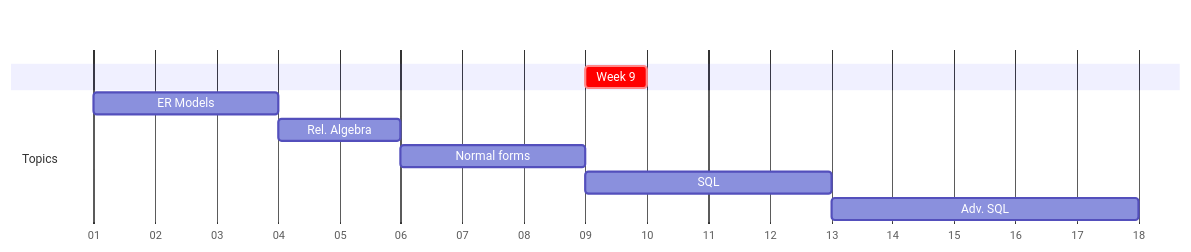
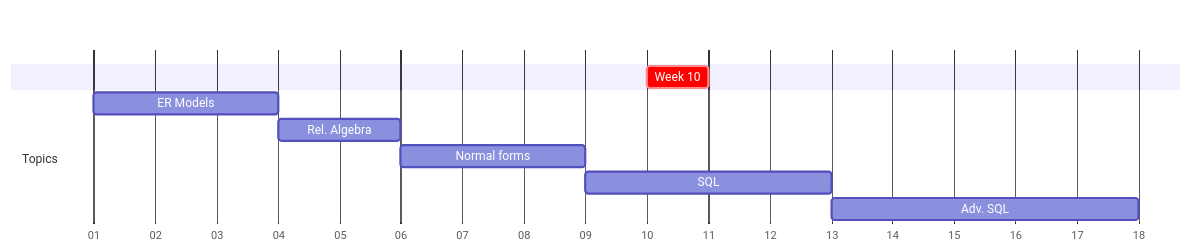
Before and after one commit to lowkeylabs/cmsc408-course-admin: the diagram in fa2024/lectures/week-mermaid.mmd, drawn with Mermaid. The commit also changed 90 other files, not shown here.

```diff
--- a/fa2024/lectures/week-mermaid.mmd
+++ b/fa2024/lectures/week-mermaid.mmd
@@ -1,14 +1,14 @@
 
 gantt
     dateFormat  M/DD/YYYY
     axisFormat  %W
 
     section    
-    Week 9 : crit, weekblock, 3/3/2024, 1w
+    Week 10 : crit, weekblock, 3/10/2024, 1w
 
     section Topics
     ER Models : m1, 1/7/2024, 3w
     Rel. Algebra: m4, after m1, 2w
     Normal forms: m5, after m4, 3w
     SQL : m6, after m5, 4w
     Adv. SQL: m7, after m6, 5w
```
